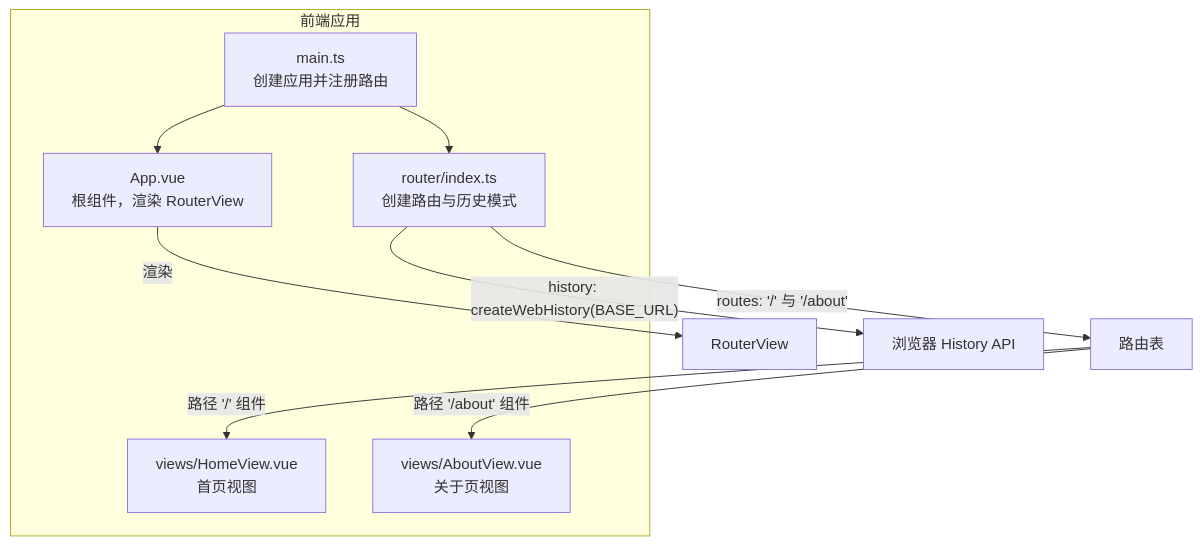
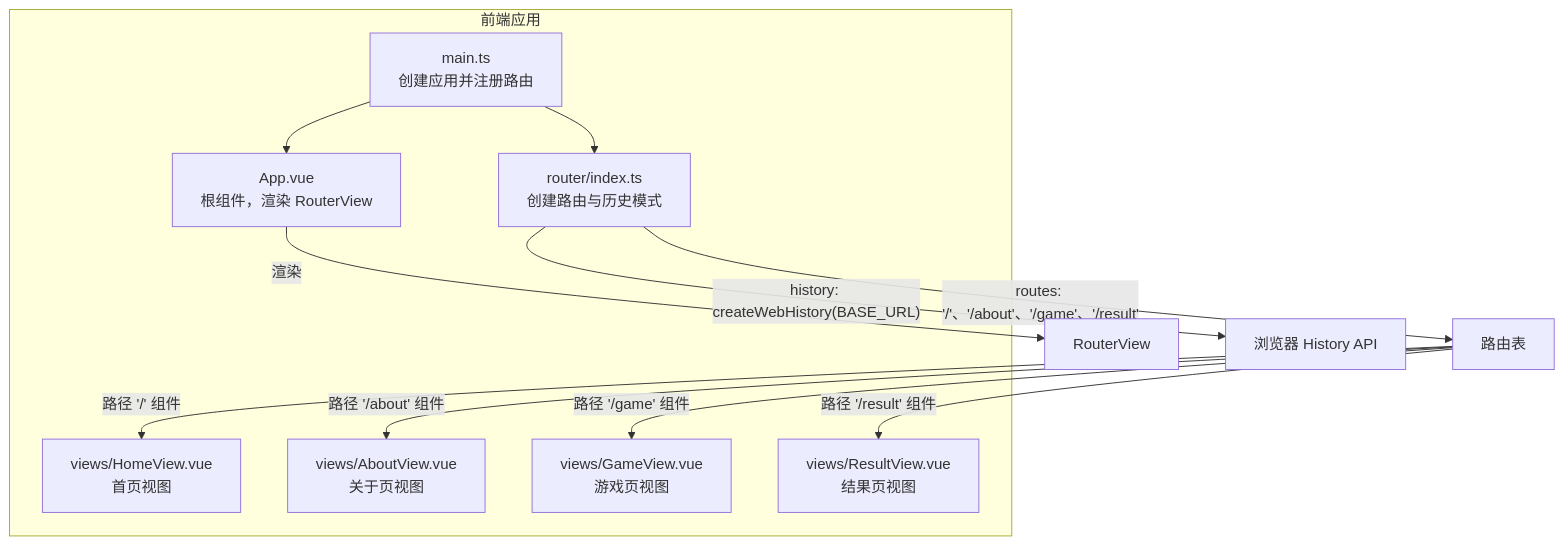
One commit to iazrael/feihua-ling changed the first of 3 diagrams in .qoder/repowiki/zh/content/前端架构/路由配置.md. Above: the diagram before and after it, drawn with Mermaid. The commit also changed other lines of this file and 10 other files, not shown here.

````diff
--- a/.qoder/repowiki/zh/content/前端架构/路由配置.md
+++ b/.qoder/repowiki/zh/content/前端架构/路由配置.md
@@ -38,17 +47,21 @@
 ```mermaid
 graph TB
 subgraph "前端应用"
 A["main.ts<br/>创建应用并注册路由"]
 B["App.vue<br/>根组件，渲染 RouterView"]
 C["router/index.ts<br/>创建路由与历史模式"]
 D["views/HomeView.vue<br/>首页视图"]
 E["views/AboutView.vue<br/>关于页视图"]
+F["views/GameView.vue<br/>游戏页视图"]
+G["views/ResultView.vue<br/>结果页视图"]
 end
 A --> B
 A --> C
-B --> |"渲染"| F["RouterView"]
-C --> |"history: createWebHistory(BASE_URL)"| G["浏览器 History API"]
-C --> |"routes: '/' 与 '/about'"| H["路由表"]
-H --> |"路径 '/' 组件"| D
-H --> |"路径 '/about' 组件"| E
+B --> |"渲染"| H["RouterView"]
+C --> |"history: createWebHistory(BASE_URL)"| I["浏览器 History API"]
+C --> |"routes: '/'、'/about'、'/game'、'/result'"| J["路由表"]
+J --> |"路径 '/' 组件"| D
+J --> |"路径 '/about' 组件"| E
+J --> |"路径 '/game' 组件"| F
+J --> |"路径 '/result' 组件"| G
 ```
````
